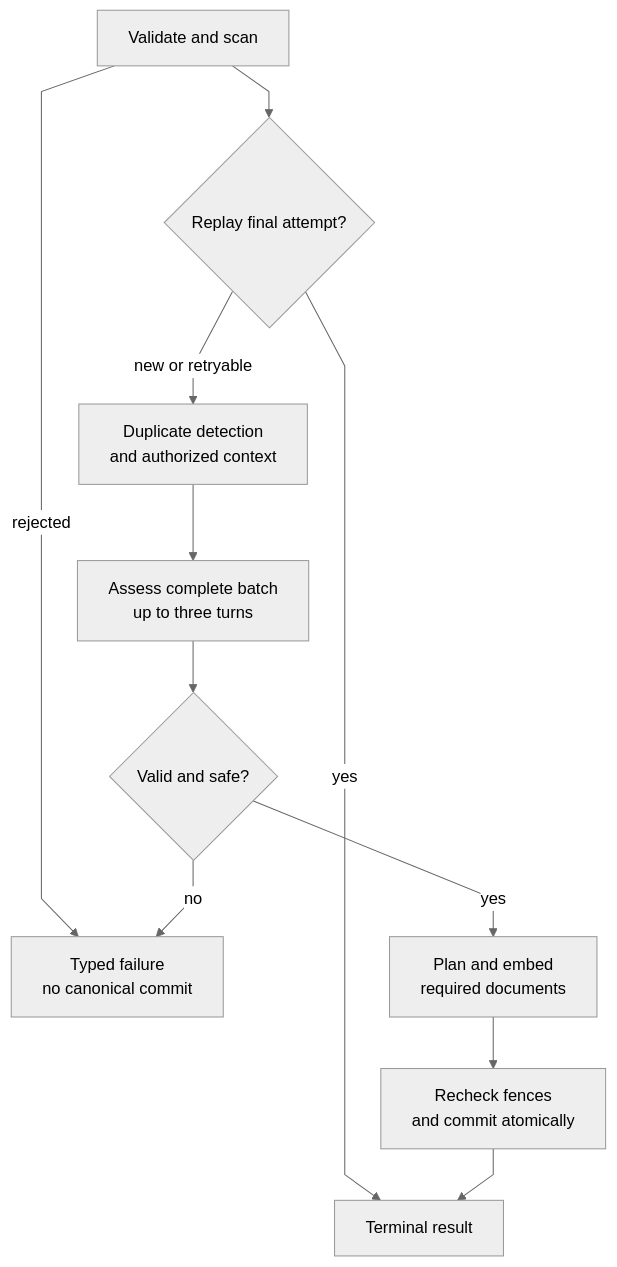
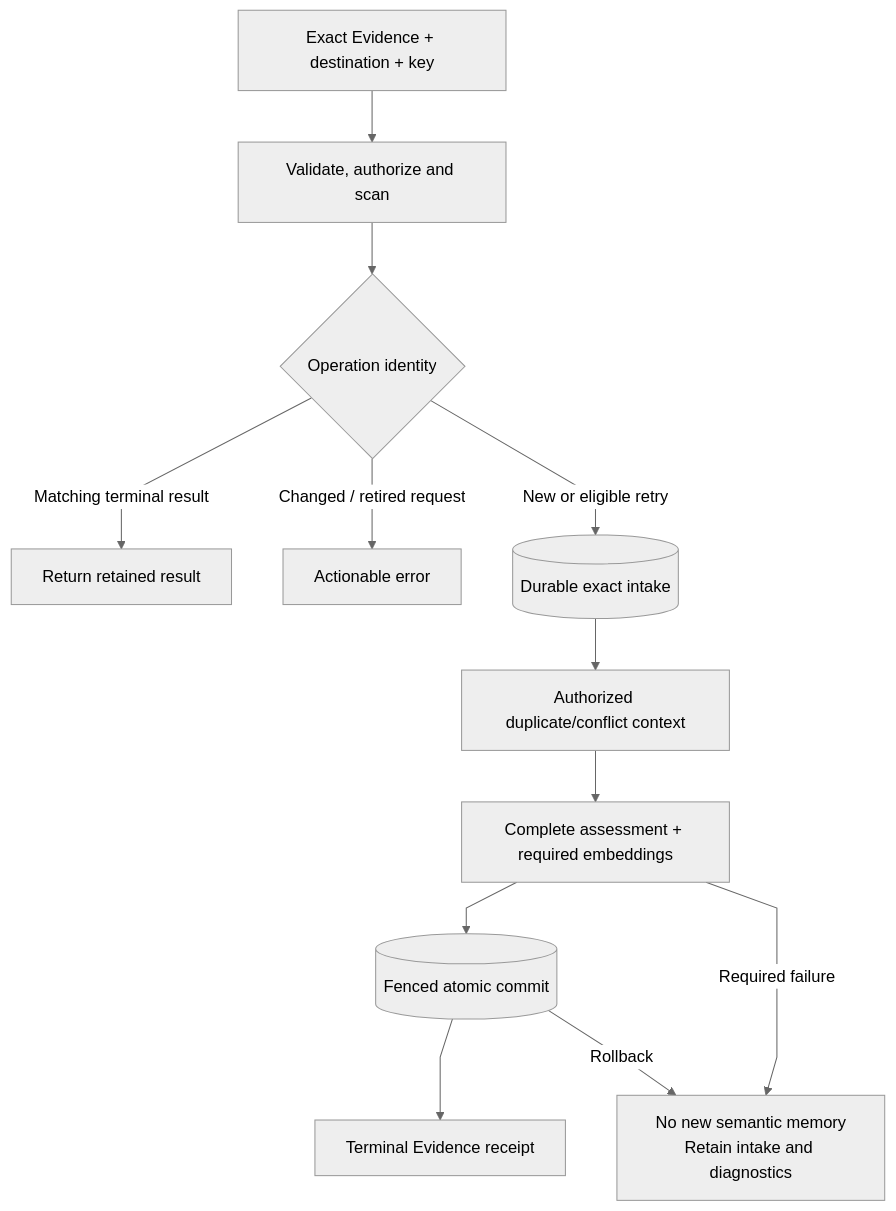
The first of 3 diagrams in Write-Pipeline.md (markhuangai/dense-mem), drawn with Mermaid (neutral theme) before and after one commit. The commit also changed other lines of this file and 34 other files, not shown here.

Commit message:
docs: publish visual Evidence-only memory guide

````diff
--- a/Write-Pipeline.md
+++ b/Write-Pipeline.md
@@ -14,14 +7,15 @@
-~~~mermaid
+```mermaid
 %%{init: {"flowchart": {"curve": "linear"}}}%%
-flowchart TD
-  Input["Validate and scan"] --> Key{"Replay final attempt?"}
-  Key -- yes --> Result["Terminal result"]
-  Key -- new or retryable --> Context["Duplicate detection<br/>and authorized context"]
-  Context --> Assess["Assess complete batch<br/>up to three turns"]
-  Assess --> Valid{"Valid and safe?"}
-  Input -- rejected --> Failure["Typed failure<br/>no canonical commit"]
-  Valid -- no --> Failure
-  Valid -- yes --> Embed["Plan and embed<br/>required documents"]
-  Embed --> Commit["Recheck fences<br/>and commit atomically"]
-  Commit --> Result
-~~~
+flowchart TB
+  Input["Exact Evidence + destination + key"] --> Admit["Validate, authorize and scan"]
+  Admit --> Replay{"Operation identity"}
+  Replay -->|"Matching terminal result"| Receipt["Return retained result"]
+  Replay -->|"Changed / retired request"| Error["Actionable error"]
+  Replay -->|"New or eligible retry"| Stage[("Durable exact intake")]
+  Stage --> Context["Authorized duplicate/conflict context"]
+  Context --> Provider["Complete assessment + required embeddings"]
+  Provider --> Commit[("Fenced atomic commit")]
+  Commit --> Done["Terminal Evidence receipt"]
+  Provider -->|"Required failure"| Failed["No new semantic memory<br/>Retain intake and diagnostics"]
+  Commit -->|"Rollback"| Failed
+```
````
